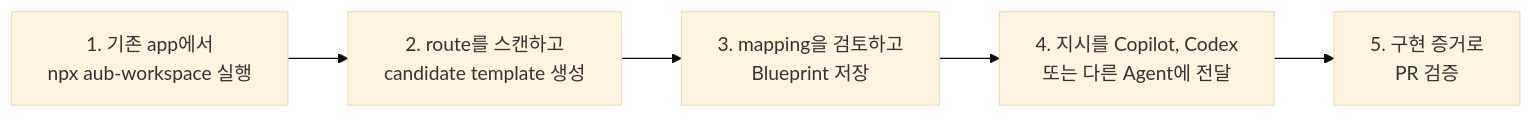
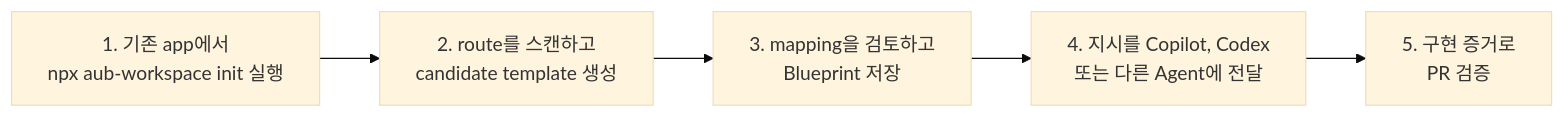
The diagram in README.ko.md (HenryLau1103/AUB), drawn with Mermaid (base theme) before and after one commit. The commit also changed other lines of this file and 52 other files, not shown here.

````diff
--- a/README.ko.md
+++ b/README.ko.md
@@ -26,7 +26,7 @@
 ```mermaid
 flowchart LR
-  A["1. 기존 app에서<br/>npx aub-workspace 실행"] --> B["2. route를 스캔하고<br/>candidate template 생성"]
+  A["1. 기존 app에서<br/>npx aub-workspace init 실행"] --> B["2. route를 스캔하고<br/>candidate template 생성"]
   B --> C["3. mapping을 검토하고<br/>Blueprint 저장"]
   C --> D["4. 지시를 Copilot, Codex<br/>또는 다른 Agent에 전달"]
   D --> E["5. 구현 증거로<br/>PR 검증"]
 ```
````
